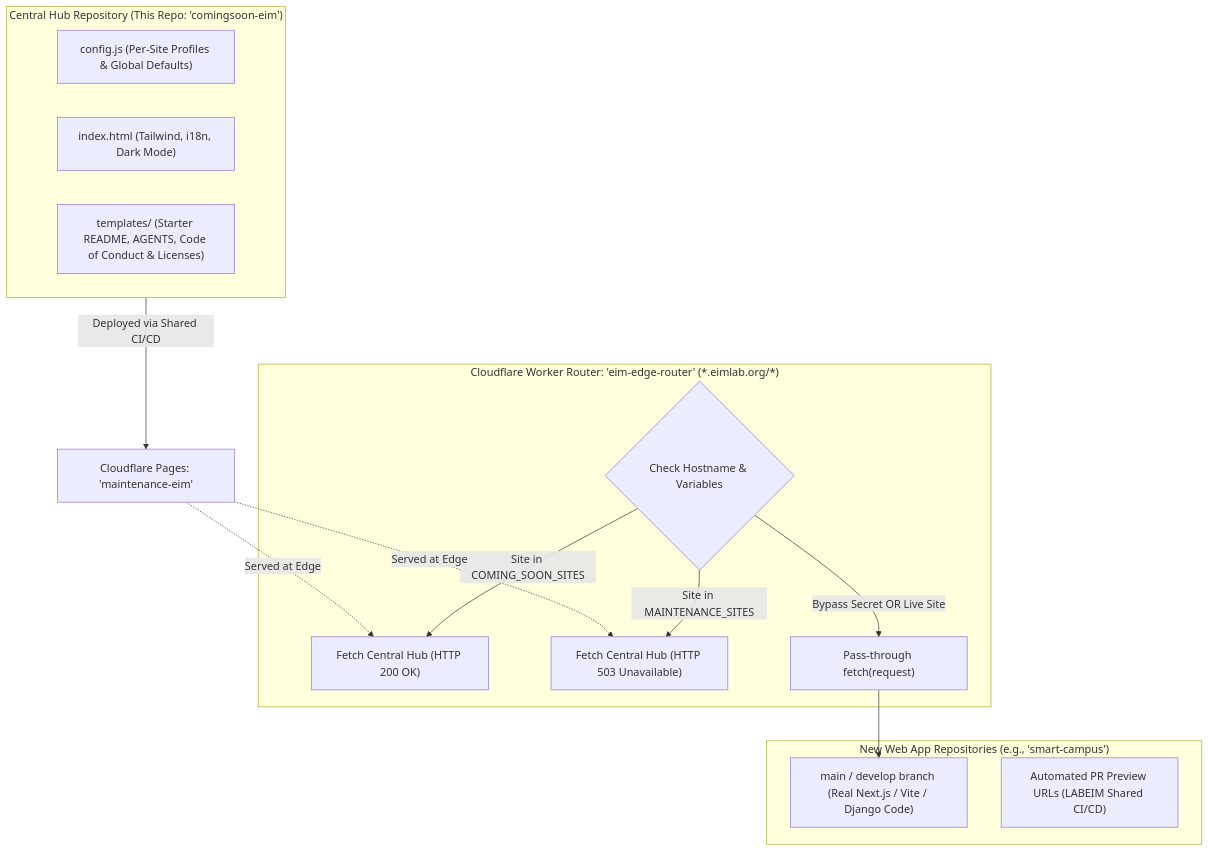
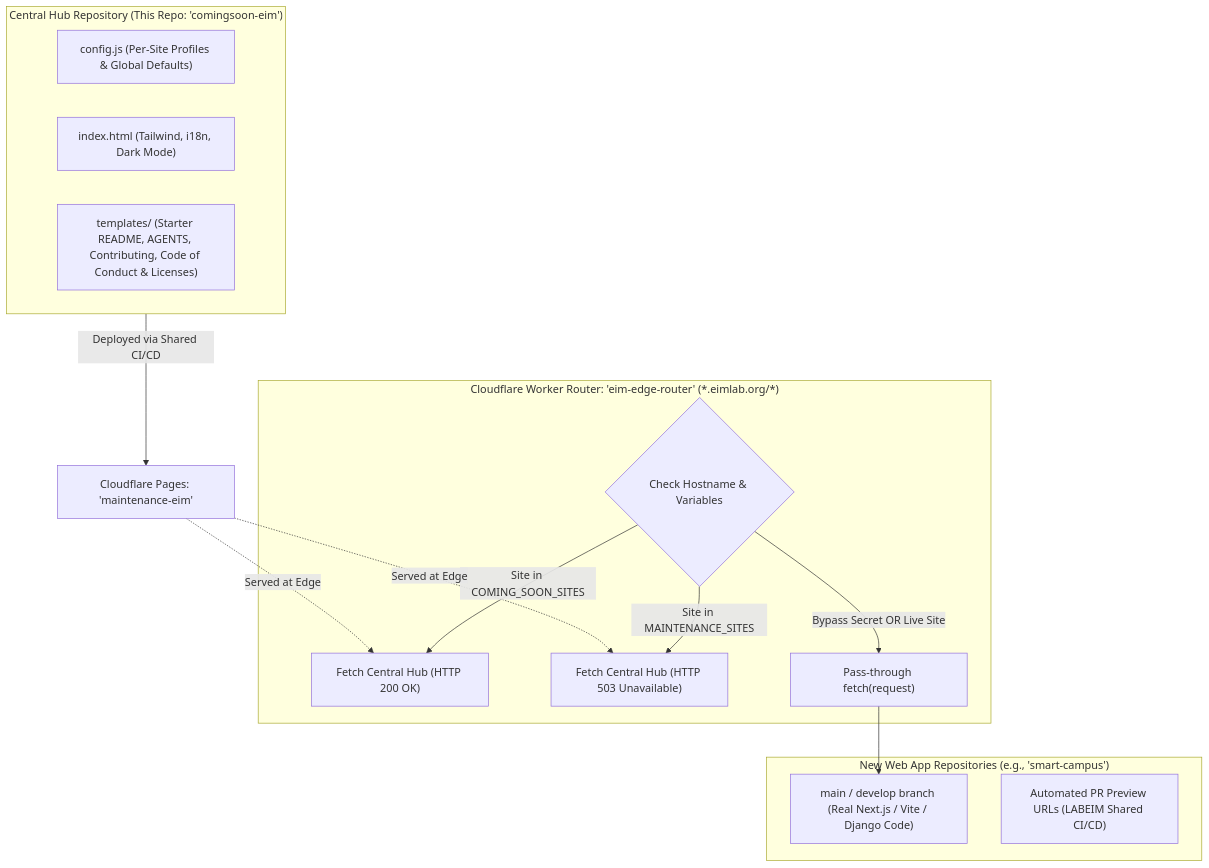
Before and after one commit to LABEIM/Maintain-EIM: the diagram in SETUP.md, drawn with Mermaid. The commit also changed other lines of this file and 5 other files, not shown here.

````diff
--- a/SETUP.md
+++ b/SETUP.md
@@ -11,25 +11,25 @@
 ```mermaid
 flowchart TD
     subgraph Central_Hub ["Central Hub Repository (This Repo: 'comingsoon-eim')"]
         CONFIG["config.js (Per-Site Profiles & Global Defaults)"]
         HTML["index.html (Tailwind, i18n, Dark Mode)"]
-        TEMPLATES["templates/ (Starter README, AGENTS, Code of Conduct & Licenses)"]
+        TEMPLATES["templates/ (Starter README, AGENTS, Contributing, Code of Conduct & Licenses)"]
     end
 
     subgraph Edge_Gateway ["Cloudflare Worker Router: 'eim-edge-router' (*.eimlab.org/*)"]
         ROUTER{"Check Hostname & Variables"}
         ROUTER -->|Site in COMING_SOON_SITES| CS_RES["Fetch Central Hub (HTTP 200 OK)"]
         ROUTER -->|Site in MAINTENANCE_SITES| MT_RES["Fetch Central Hub (HTTP 503 Unavailable)"]
         ROUTER -->|Bypass Secret OR Live Site| APP_RES["Pass-through fetch(request)"]
     end
 
     subgraph App_Repos ["New Web App Repositories (e.g., 'smart-campus')"]
         MAIN["main / develop branch (Real Next.js / Vite / Django Code)"]
         PR_PREVIEW["Automated PR Preview URLs (LABEIM Shared CI/CD)"]
     end
 
     Central_Hub -->|Deployed via Shared CI/CD| CF_HUB["Cloudflare Pages: 'maintenance-eim'"]
     CF_HUB -.->|Served at Edge| CS_RES
     CF_HUB -.->|Served at Edge| MT_RES
     APP_RES --> MAIN
 ```
````
